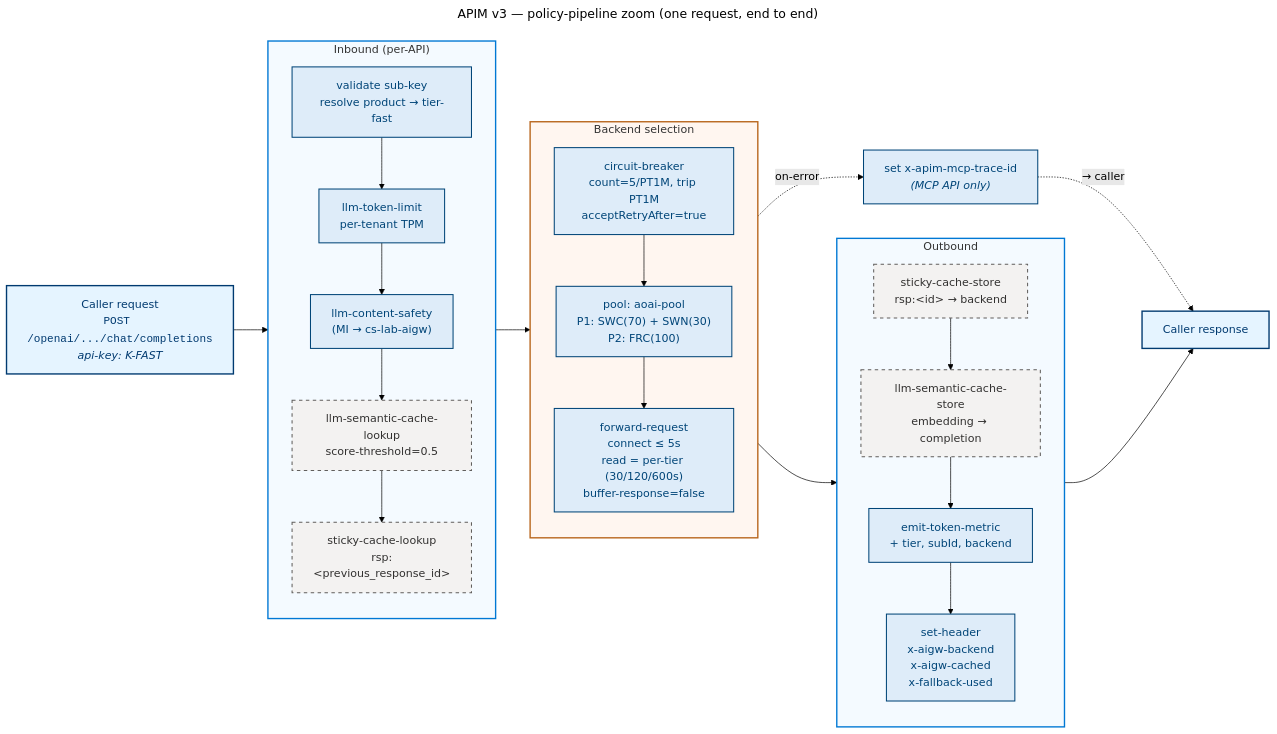
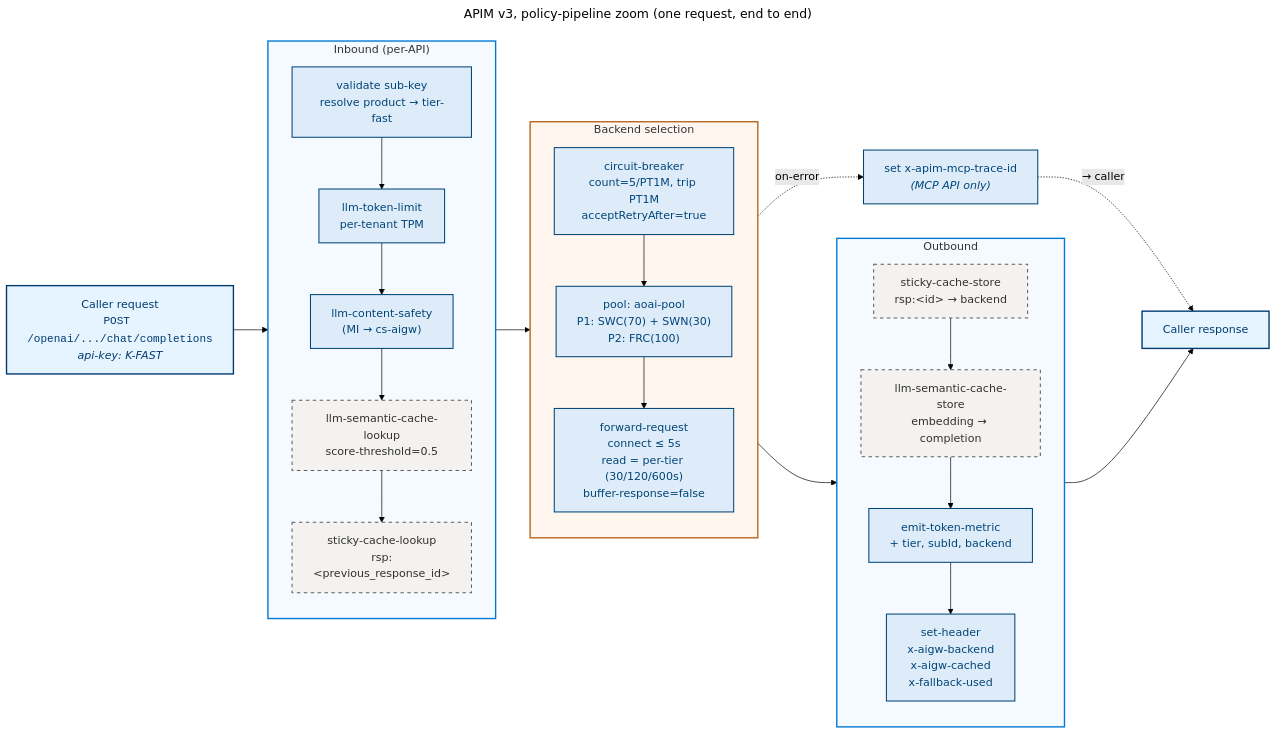
One commit to renepajta/apim-ai-gateway-lab changed the diagram in docs/diagrams/reference-architecture-apim-zoom.mmd. Above: the diagram before and after it, drawn with Mermaid (forest theme). The commit also changed 53 other files, not shown here.

```diff
--- a/docs/diagrams/reference-architecture-apim-zoom.mmd
+++ b/docs/diagrams/reference-architecture-apim-zoom.mmd
@@ -1,46 +1,46 @@
 ---
-title: APIM v3 — policy-pipeline zoom (one request, end to end)
+title: APIM v3, policy-pipeline zoom (one request, end to end)
 ---
 flowchart LR
     REQ["Caller request<br/><code>POST /openai/.../chat/completions</code><br/><i>api-key: K-FAST</i>"]:::caller
 
     subgraph IN["Inbound (per-API)"]
         direction TB
         I1["validate sub-key<br/>resolve product → tier-fast"]:::apim
         I2["llm-token-limit<br/>per-tenant TPM"]:::apim
-        I3["llm-content-safety<br/>(MI → cs-lab-aigw)"]:::apim
+        I3["llm-content-safety<br/>(MI → cs-aigw)"]:::apim
         I4["llm-semantic-cache-lookup<br/>score-threshold=0.5"]:::optional
         I5["sticky-cache-lookup<br/>rsp:&lt;previous_response_id&gt;"]:::optional
         I1 --> I2 --> I3 --> I4 --> I5
     end
 
     subgraph BACKEND["Backend selection"]
         direction TB
         CB["circuit-breaker<br/>count=5/PT1M, trip PT1M<br/>acceptRetryAfter=true"]:::apim
         POOL["pool: aoai-pool<br/>P1: SWC(70) + SWN(30)<br/>P2: FRC(100)"]:::apim
         FWD["forward-request<br/>connect ≤ 5s<br/>read = per-tier (30/120/600s)<br/>buffer-response=false"]:::apim
         CB --> POOL --> FWD
     end
 
     subgraph OUT["Outbound"]
         direction TB
         O1["sticky-cache-store<br/>rsp:&lt;id&gt; → backend"]:::optional
         O2["llm-semantic-cache-store<br/>embedding → completion"]:::optional
         O3["emit-token-metric<br/>+ tier, subId, backend"]:::apim
         O4["set-header<br/>x-aigw-backend<br/>x-aigw-cached<br/>x-fallback-used"]:::apim
         O1 --> O2 --> O3 --> O4
     end
 
     REQ --> IN --> BACKEND --> OUT --> RESP["Caller response"]:::caller
 
     %% on-error path for MCP
     CB -. "on-error" .-> ERR["set x-apim-mcp-trace-id<br/><i>(MCP API only)</i>"]:::apim
     ERR -. "→ caller" .-> RESP
 
     classDef caller fill:#E5F4FF,stroke:#003A70,stroke-width:2px,color:#003A70
     classDef apim   fill:#DEECF9,stroke:#004578,stroke-width:1.5px,color:#004578
     classDef optional fill:#F3F2F1,stroke:#605E5C,stroke-width:1.5px,stroke-dasharray:5 5,color:#323130
 
     style IN      fill:#F4FAFF,stroke:#0078D4,stroke-width:2px
     style BACKEND fill:#FFF6F0,stroke:#B8651B,stroke-width:2px
     style OUT     fill:#F4FAFF,stroke:#0078D4,stroke-width:2px
```
